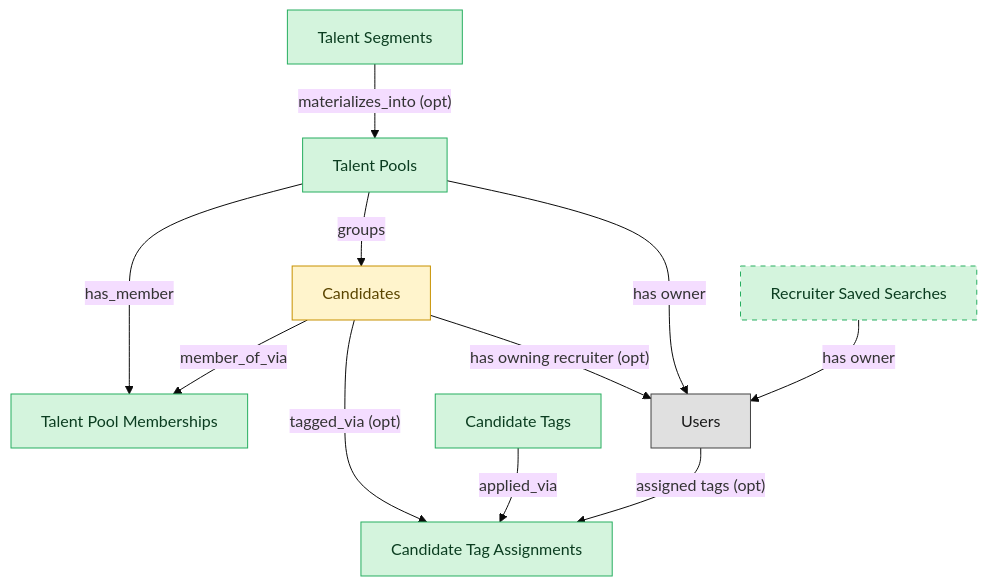
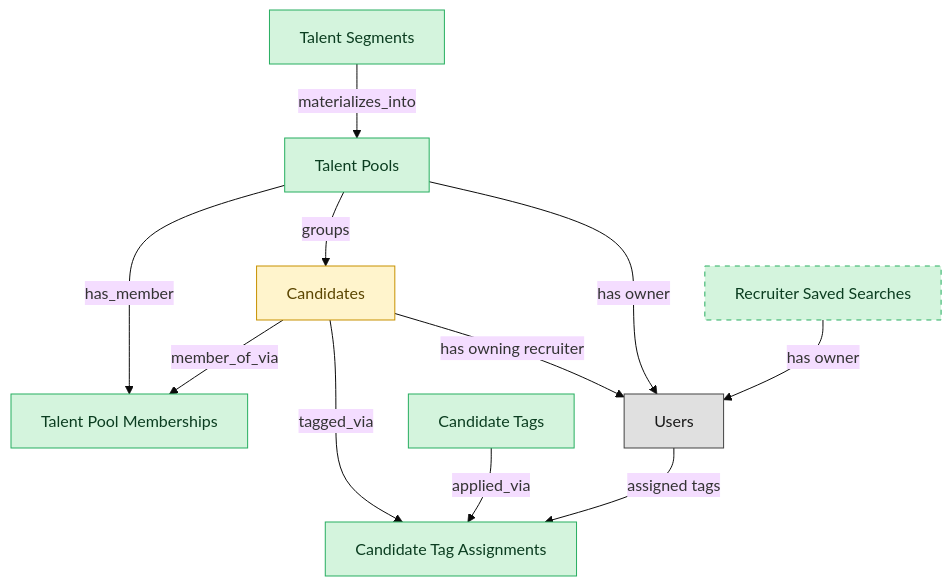
One commit to IntranetFactory/domain-map changed the diagram in catalog/blueprints/ats-talent-pools-semantic-blueprint.md. Above: the diagram before and after it, drawn with Mermaid (base theme). The commit also changed other lines of this file and 18 other files, not shown here.

````diff
--- a/catalog/blueprints/ats-talent-pools-semantic-blueprint.md
+++ b/catalog/blueprints/ats-talent-pools-semantic-blueprint.md
@@ -36,33 +36,33 @@
 ```mermaid
 flowchart TD
   classDef master fill:#d4f4dd,stroke:#27ae60,color:#0b3d20;
   classDef embedded_master fill:#fff4cc,stroke:#c79100,color:#5b4500;
   classDef platform_builtin fill:#e0e0e0,stroke:#424242,color:#1a1a1a;
   talent_pools["Talent Pools"]
   candidates["Candidates"]
   talent_pool_memberships["Talent Pool Memberships"]
   talent_segments["Talent Segments"]
   recruiter_saved_searches["Recruiter Saved Searches"]
   candidate_tags["Candidate Tags"]
   candidate_tag_assignments["Candidate Tag Assignments"]
   users["Users"]
   talent_pools -->|"has_member"| talent_pool_memberships
   candidates -->|"member_of_via"| talent_pool_memberships
-  talent_segments -->|"materializes_into (opt)"| talent_pools
-  candidates -->|"tagged_via (opt)"| candidate_tag_assignments
+  talent_segments -->|"materializes_into"| talent_pools
+  candidates -->|"tagged_via"| candidate_tag_assignments
   candidate_tags -->|"applied_via"| candidate_tag_assignments
   talent_pools -->|"groups"| candidates
-  candidates -->|"has owning recruiter (opt)"| users
+  candidates -->|"has owning recruiter"| users
   talent_pools -->|"has owner"| users
-  users -->|"assigned tags (opt)"| candidate_tag_assignments
+  users -->|"assigned tags"| candidate_tag_assignments
   recruiter_saved_searches -->|"has owner"| users
   class talent_pools master;
   class candidates embedded_master;
   class talent_pool_memberships master;
   class talent_segments master;
   class recruiter_saved_searches master;
   class candidate_tags master;
   class candidate_tag_assignments master;
   class users platform_builtin;
   style recruiter_saved_searches stroke-dasharray:5 5;
 ```
````
